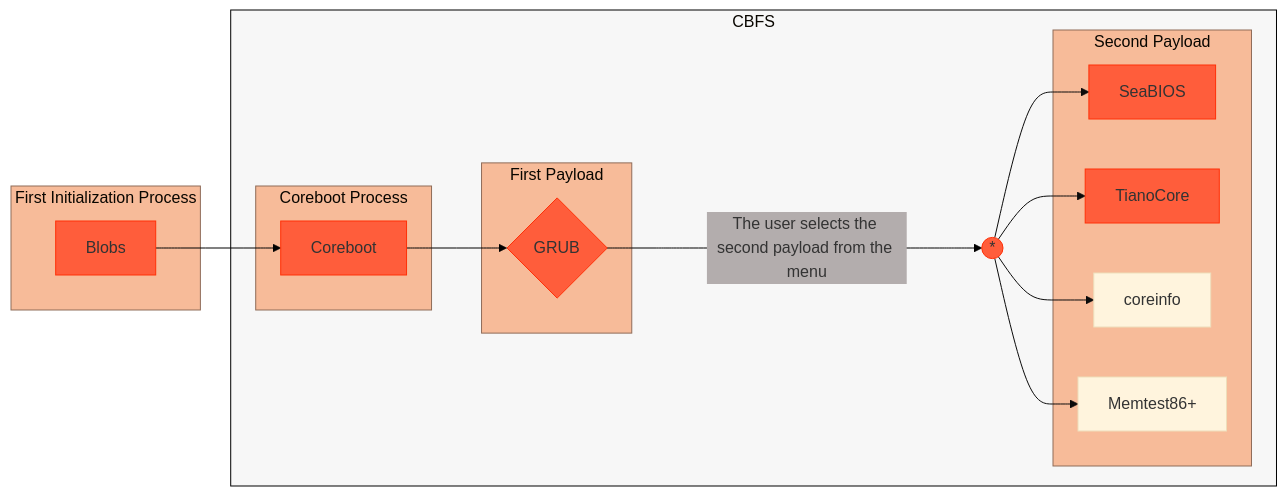
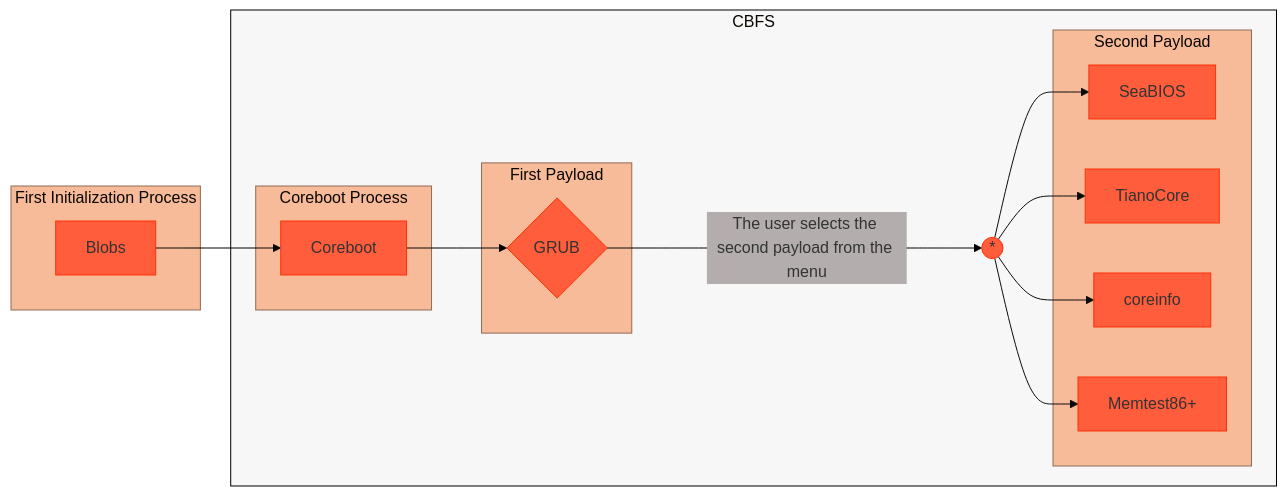
Before and after one commit to Ch3ckm4t3C1ph3r/Lenovo-Ideapad-320-14ISK-_Coreboot-Adaptation_: the diagram in README.md, drawn with Mermaid.

Commit message:
Update nodeStyle class members in README
Added p2_3 and p2_4 to the nodeStyle class definition.

````diff
--- a/README.md
+++ b/README.md
@@ -125,46 +125,46 @@
 ```mermaid
 ---
 config:
   theme: 'base'
   themeVariables:
     edgeLabelBackground: '#B3ADAD'
 ---
 flowchart LR;
     %% Definition of style (and class of style) of each element by id (or by class name)
     style cbfs fill:#f7f7f7,stroke:#000000,stroke-width:1px;
     classDef sbgStyle fill:#F7BB99,stroke:#8F6C59,stroke-width:1px
     classDef nodeStyle fill:#FF5D3B,stroke:#FF3008,stroke-width:1px
     classDef edgeStyle fill:#000000,stroke:#000000,stroke-width:1px
     
         direction LR
 
         %% Not publicly documented boot process
         subgraph sbg1[First Initialization Process]
           n1[Blobs]
         end
 
         n1[Blobs] e1@--> n2[Coreboot]
 
     subgraph cbfs[CBFS]
         subgraph sbg2[Coreboot Process]
           n2[Coreboot]
         end
     
         n2[Coreboot] e2@--> p1{GRUB}
     
         subgraph sbg3[First Payload]
           p1{GRUB}
         end
         
         p1{GRUB} e3@---->|The user selects the second payload from the menu|UNION((*)) e4@--> p2_1[SeaBIOS] & p2_2[TianoCore] & p2_3[coreinfo] & p2_4[Memtest86+]
     
         subgraph sbg4[Second Payload]
           p2_1[SeaBIOS] & p2_2[TianoCore] & p2_3[coreinfo] & p2_4[Memtest86+]
         end
     end
 
     %% Defining the members of each class
     class sbg1,sbg2,sbg3,sbg4 sbgStyle
-    class n1,n2,p1,p2_1,p2_2,UNION nodeStyle
+    class n1,n2,p1,p2_1,p2_2,p2_3,p2_4,UNION nodeStyle
     class e1,e2,e3 edgeStyle
 ```
````
